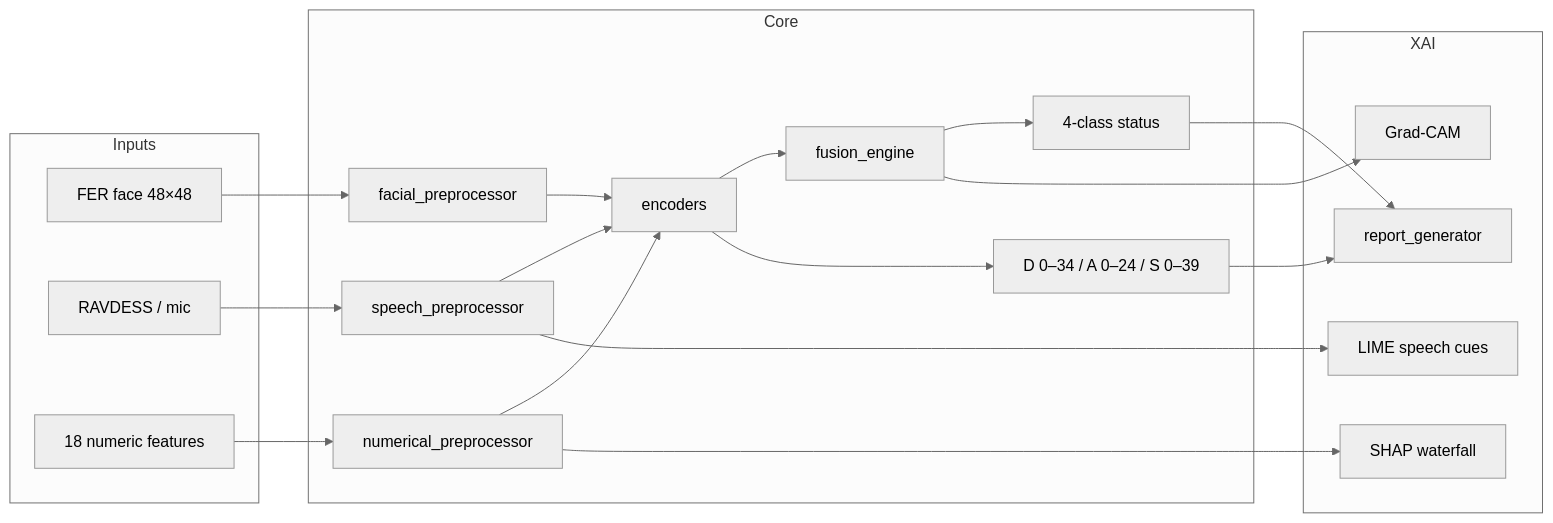
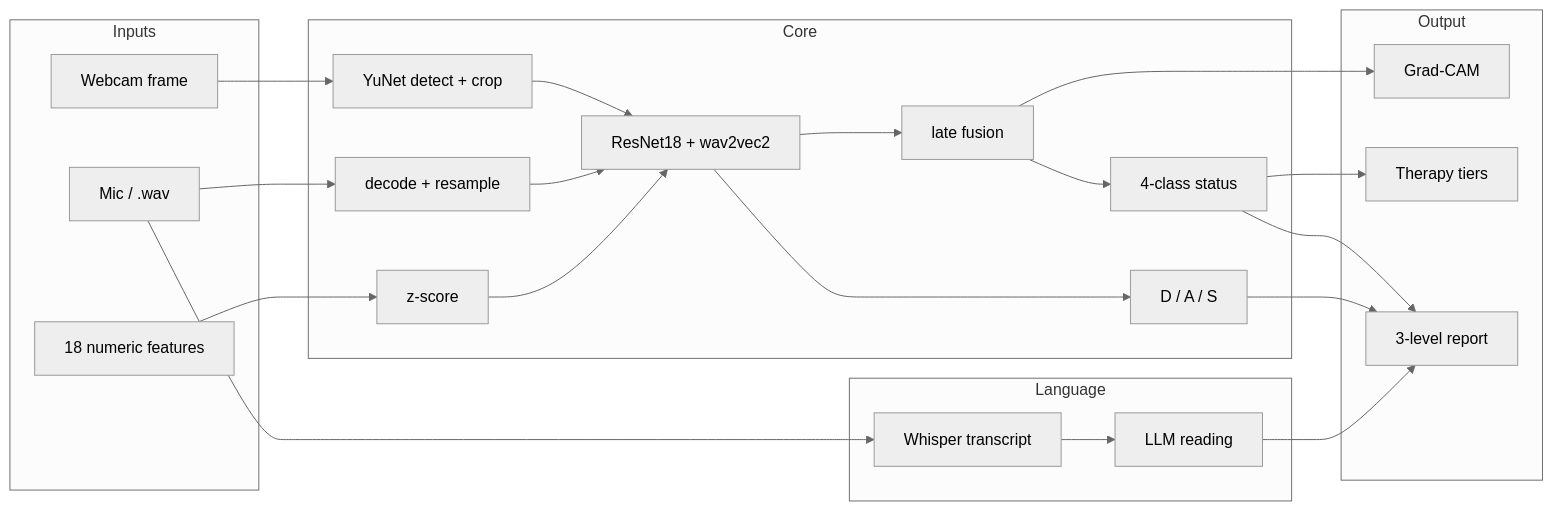
One commit to Aayannoori15/MindScanAI changed the diagram in README.md. Above: the diagram before and after it, drawn with Mermaid (neutral theme). The commit also changed other lines of this file and 69 other files, not shown here.

````diff
--- a/README.md
+++ b/README.md
@@ -50,33 +169,37 @@
 ```mermaid
 flowchart LR
   subgraph Inputs
-    F[FER face 48×48]
-    S[RAVDESS / mic]
+    F[Webcam frame]
+    S[Mic / .wav]
     N[18 numeric features]
   end
   subgraph Core
-    FP[facial_preprocessor]
-    SP[speech_preprocessor]
-    NP[numerical_preprocessor]
-    ENC[encoders]
-    FUS[fusion_engine]
+    FD[YuNet detect + crop]
+    SP[decode + resample]
+    NP[z-score]
+    ENC[ResNet18 + wav2vec2]
+    FUS[late fusion]
     CLS[4-class status]
-    REG[D 0–34 / A 0–24 / S 0–39]
+    REG[D / A / S]
   end
-  subgraph XAI
+  subgraph Language
+    W[Whisper transcript]
+    LLM[LLM reading]
+  end
+  subgraph Output
     G[Grad-CAM]
-    H[SHAP waterfall]
-    L[LIME speech cues]
-    R[report_generator]
+    T[Therapy tiers]
+    R[3-level report]
   end
-  F --> FP --> ENC
+  F --> FD --> ENC
   S --> SP --> ENC
+  S --> W --> LLM
   N --> NP --> ENC
   ENC --> FUS --> CLS
   ENC --> REG
   FUS --> G
-  NP --> H
-  SP --> L
+  CLS --> T
   CLS --> R
   REG --> R
+  LLM --> R
 ```
````
